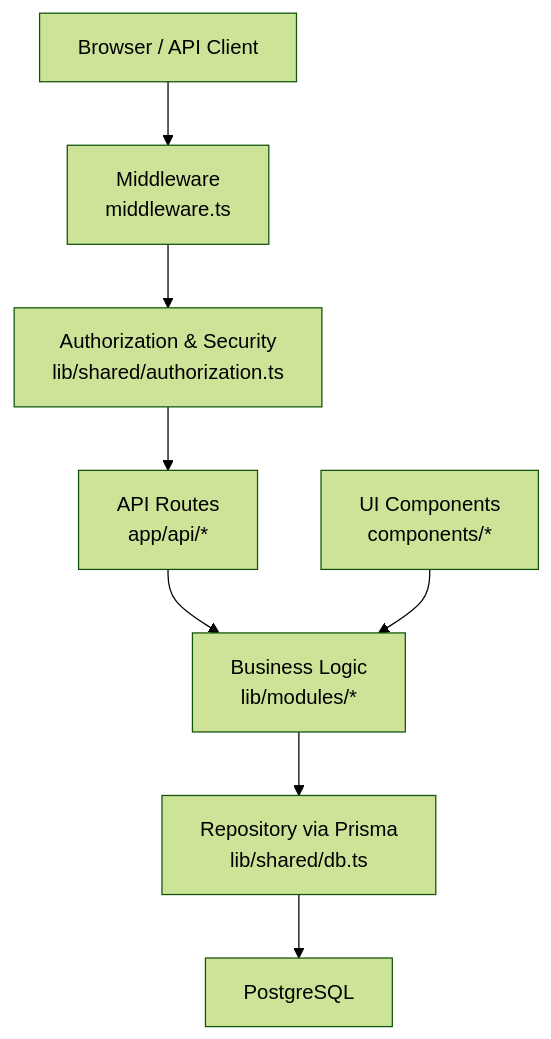
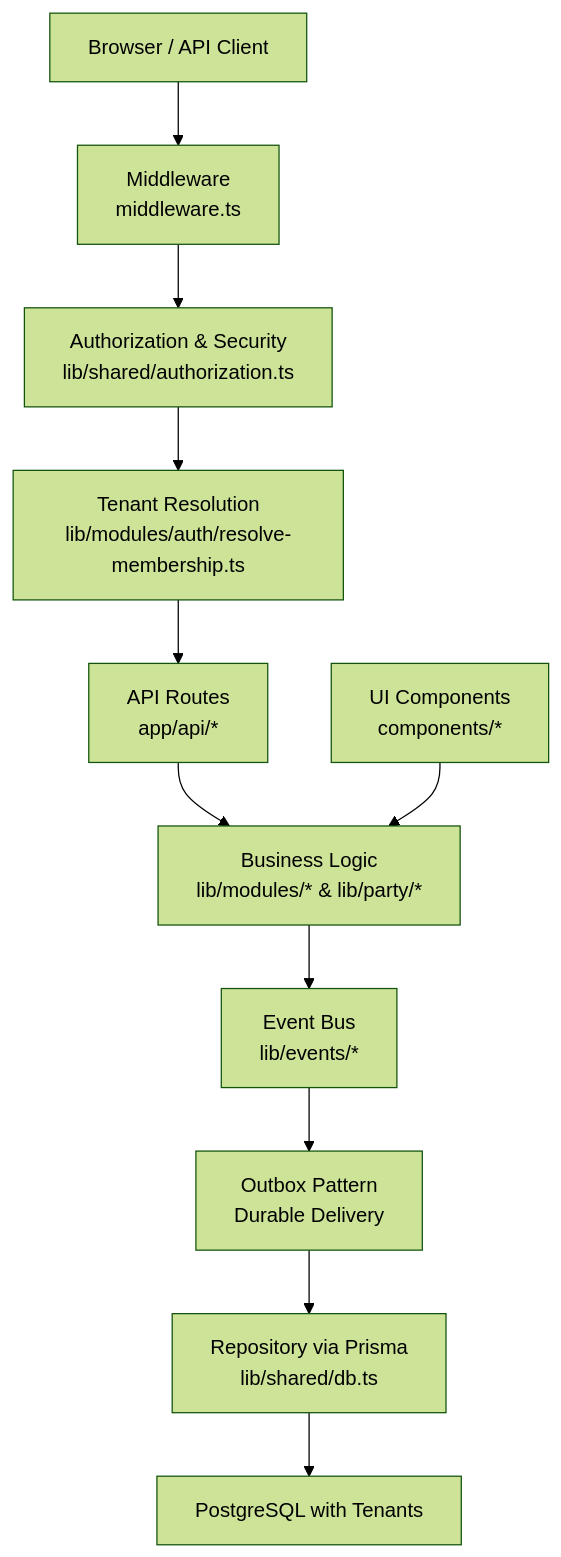
One commit to nzey11/erp-new changed the second of 12 diagrams in .qoder/repowiki/en/content/Architecture Overview/System Design Patterns.md. Above: the diagram before and after it, drawn with Mermaid (forest theme). The commit also changed other lines of this file and 6 other files, not shown here.

Commit message:
fix(tests): create tenant membership for users in auth tests

````diff
--- a/.qoder/repowiki/en/content/Architecture Overview/System Design Patterns.md
+++ b/.qoder/repowiki/en/content/Architecture Overview/System Design Patterns.md
@@ -132,10 +193,13 @@
 ```mermaid
 graph TB
 Client["Browser / API Client"] --> MW["Middleware<br/>middleware.ts"]
 MW --> AuthZ["Authorization & Security<br/>lib/shared/authorization.ts"]
-AuthZ --> API["API Routes<br/>app/api/*"]
-API --> BL["Business Logic<br/>lib/modules/*"]
-BL --> Repo["Repository via Prisma<br/>lib/shared/db.ts"]
-Repo --> DB["PostgreSQL"]
+AuthZ --> Tenant["Tenant Resolution<br/>lib/modules/auth/resolve-membership.ts"]
+Tenant --> API["API Routes<br/>app/api/*"]
+API --> BL["Business Logic<br/>lib/modules/* & lib/party/*"]
+BL --> Events["Event Bus<br/>lib/events/*"]
+Events --> Outbox["Outbox Pattern<br/>Durable Delivery"]
+Outbox --> Repo["Repository via Prisma<br/>lib/shared/db.ts"]
+Repo --> DB["PostgreSQL with Tenants"]
 UI["UI Components<br/>components/*"] --> BL
 ```
````
